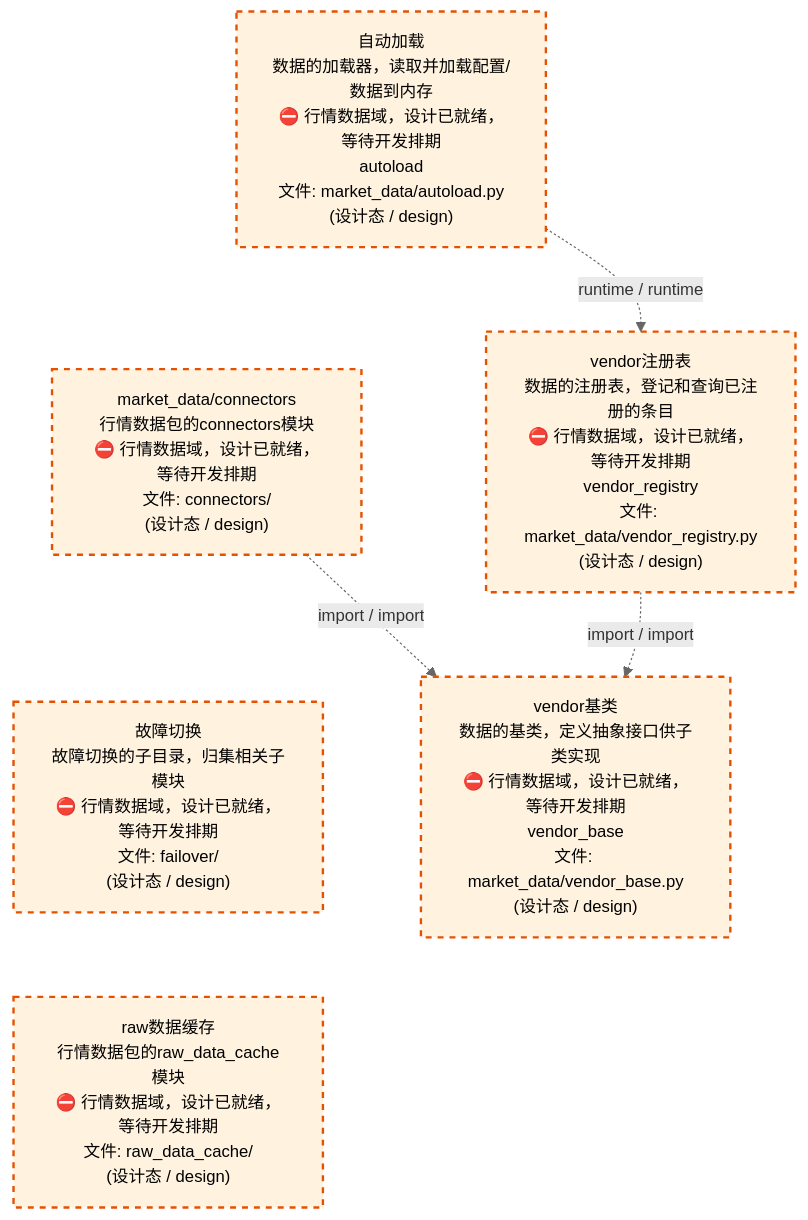
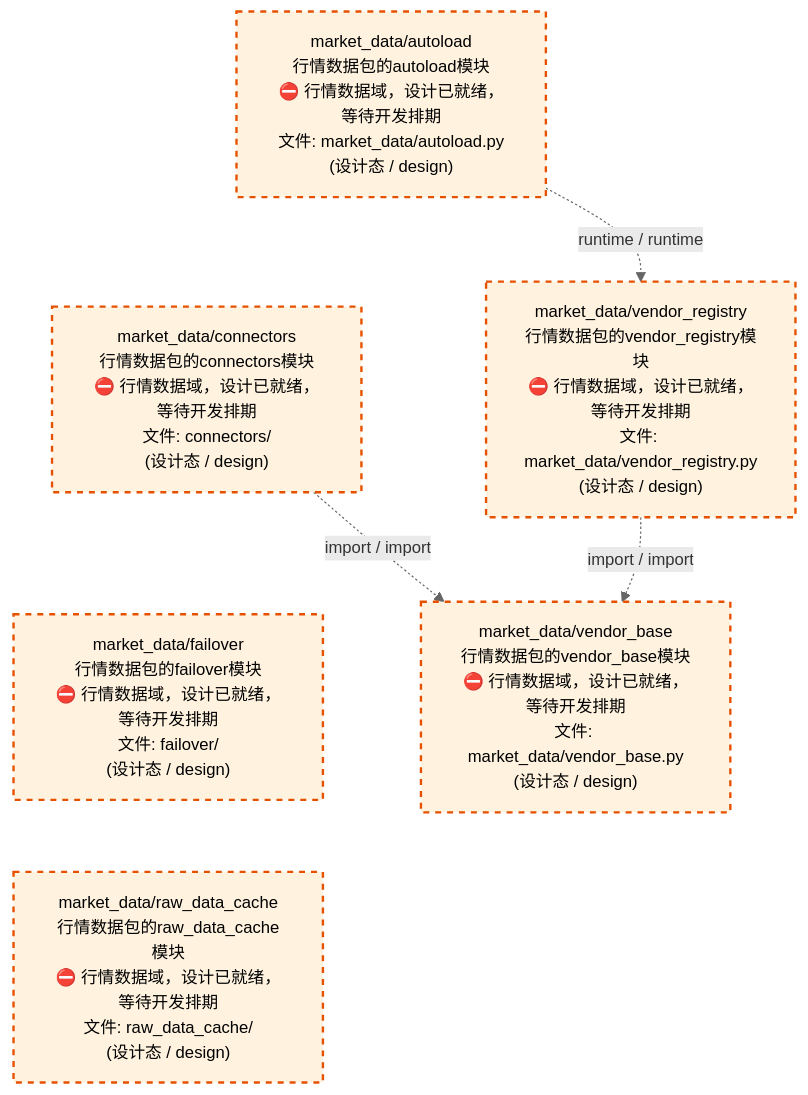
Before and after one commit to xuanFelixVan/ZephyrAlpha: the third of 4 diagrams in docs/02_enterprise_architecture/02_domain_architecture_docs/23_d_mkt_data.md, drawn with Mermaid. The commit also changed other lines of this file and 58 other files, not shown here.

````diff
--- a/docs/02_enterprise_architecture/02_domain_architecture_docs/23_d_mkt_data.md
+++ b/docs/02_enterprise_architecture/02_domain_architecture_docs/23_d_mkt_data.md
@@ -143,21 +143,21 @@
 ```mermaid
 %%{init: {'theme': 'base', 'themeVariables': {'primaryColor': '#eaeaea', 'primaryTextColor': '#333333', 'primaryBorderColor': '#666666', 'lineColor': '#666666', 'secondaryColor': '#eaeaea', 'tertiaryColor': '#eaeaea', 'fontSize': '14px'}}}%%
 flowchart TD
-    src_zephyr_market_data_autoload_py["自动加载<br/>数据的加载器，读取并加载配置/数据到内存<br/>⛔ 行情数据域，设计已就绪，等待开发排期<br/>autoload<br/>文件: market_data/autoload.py<br/>(设计态 / design)"]
+    src_zephyr_market_data_autoload_py["market_data/autoload<br/>行情数据包的autoload模块<br/>⛔ 行情数据域，设计已就绪，等待开发排期<br/>文件: market_data/autoload.py<br/>(设计态 / design)"]
     src_zephyr_market_data_connectors["market_data/connectors<br/>行情数据包的connectors模块<br/>⛔ 行情数据域，设计已就绪，等待开发排期<br/>文件: connectors/<br/>(设计态 / design)"]
-    src_zephyr_market_data_failover["故障切换<br/>故障切换的子目录，归集相关子模块<br/>⛔ 行情数据域，设计已就绪，等待开发排期<br/>文件: failover/<br/>(设计态 / design)"]
-    src_zephyr_market_data_raw_data_cache["raw数据缓存<br/>行情数据包的raw_data_cache模块<br/>⛔ 行情数据域，设计已就绪，等待开发排期<br/>文件: raw_data_cache/<br/>(设计态 / design)"]
+    src_zephyr_market_data_failover["market_data/failover<br/>行情数据包的failover模块<br/>⛔ 行情数据域，设计已就绪，等待开发排期<br/>文件: failover/<br/>(设计态 / design)"]
+    src_zephyr_market_data_raw_data_cache["market_data/raw_data_cache<br/>行情数据包的raw_data_cache模块<br/>⛔ 行情数据域，设计已就绪，等待开发排期<br/>文件: raw_data_cache/<br/>(设计态 / design)"]
     src_zephyr_market_data_autoload_py ~~~ src_zephyr_market_data_connectors
     src_zephyr_market_data_connectors ~~~ src_zephyr_market_data_failover
     src_zephyr_market_data_failover ~~~ src_zephyr_market_data_raw_data_cache
-    src_zephyr_market_data_vendor_registry_py["vendor注册表<br/>数据的注册表，登记和查询已注册的条目<br/>⛔ 行情数据域，设计已就绪，等待开发排期<br/>vendor_registry<br/>文件: market_data/vendor_registry.py<br/>(设计态 / design)"]
-    src_zephyr_market_data_vendor_base_py["vendor基类<br/>数据的基类，定义抽象接口供子类实现<br/>⛔ 行情数据域，设计已就绪，等待开发排期<br/>vendor_base<br/>文件: market_data/vendor_base.py<br/>(设计态 / design)"]
+    src_zephyr_market_data_vendor_registry_py["market_data/vendor_registry<br/>行情数据包的vendor_registry模块<br/>⛔ 行情数据域，设计已就绪，等待开发排期<br/>文件: market_data/vendor_registry.py<br/>(设计态 / design)"]
+    src_zephyr_market_data_vendor_base_py["market_data/vendor_base<br/>行情数据包的vendor_base模块<br/>⛔ 行情数据域，设计已就绪，等待开发排期<br/>文件: market_data/vendor_base.py<br/>(设计态 / design)"]
     src_zephyr_market_data_vendor_registry_py -.->|import / import| src_zephyr_market_data_vendor_base_py
     src_zephyr_market_data_connectors -.->|import / import| src_zephyr_market_data_vendor_base_py
     src_zephyr_market_data_autoload_py -.->|runtime / runtime| src_zephyr_market_data_vendor_registry_py
     classDef production fill:#e1f5fe,stroke:#01579b,stroke-width:2px,color:#000
     classDef design fill:#fff3e0,stroke:#e65100,stroke-width:2px,color:#000,stroke-dasharray: 5 5
     classDef external_prod fill:#e8f4fd,stroke:#0277bd,stroke-width:1px,color:#000
     classDef external_design fill:#fff8e7,stroke:#ef6c00,stroke-width:1px,color:#000,stroke-dasharray: 5 5
     class src_zephyr_market_data_autoload_py,src_zephyr_market_data_connectors,src_zephyr_market_data_failover,src_zephyr_market_data_raw_data_cache,src_zephyr_market_data_vendor_base_py,src_zephyr_market_data_vendor_registry_py design
 ```
````
